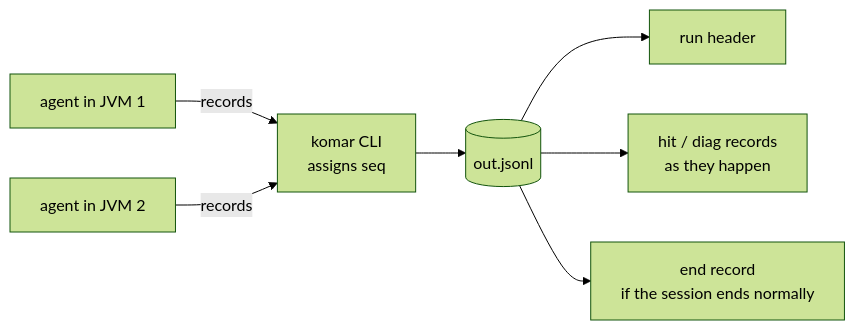
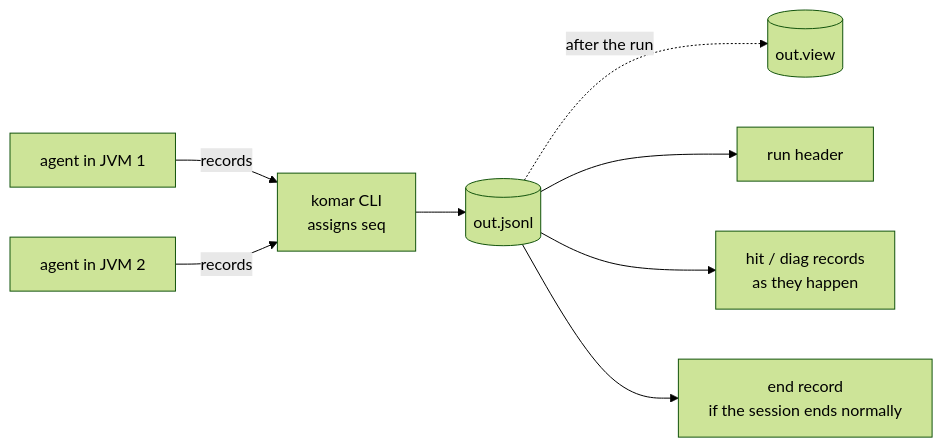
Before and after one commit to komartool/komar: the first of 2 diagrams in docs/design/output-format.md, drawn with Mermaid (forest theme). The commit also changed other lines of this file and 52 other files, not shown here.

````diff
--- a/docs/design/output-format.md
+++ b/docs/design/output-format.md
@@ -31,9 +50,10 @@
 ```mermaid
 flowchart LR
     A1[agent in JVM 1] -- records --> CLI
     A2[agent in JVM 2] -- records --> CLI
     CLI[komar CLI<br/>assigns seq] --> F[(out.jsonl)]
+    F -. after the run .-> V[(out.view)]
     F --> R[run header]
     F --> H[hit / diag records<br/>as they happen]
     F --> E[end record<br/>if the session ends normally]
 ```
````
